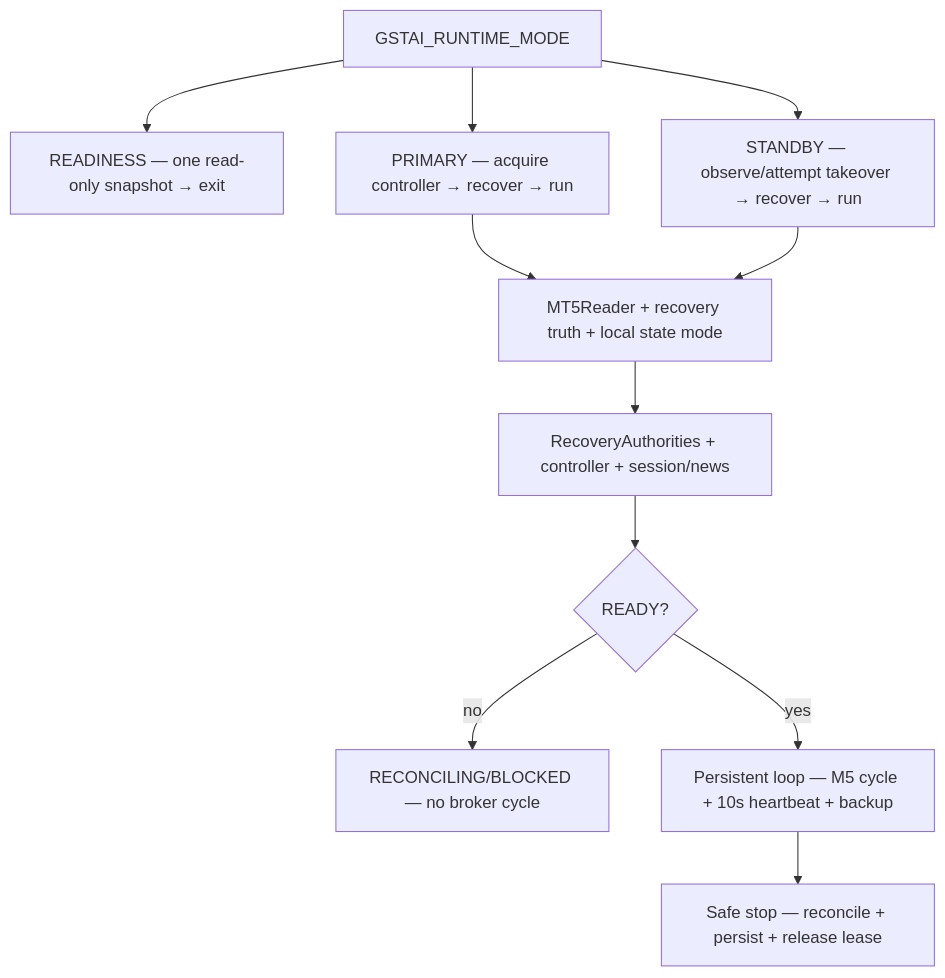
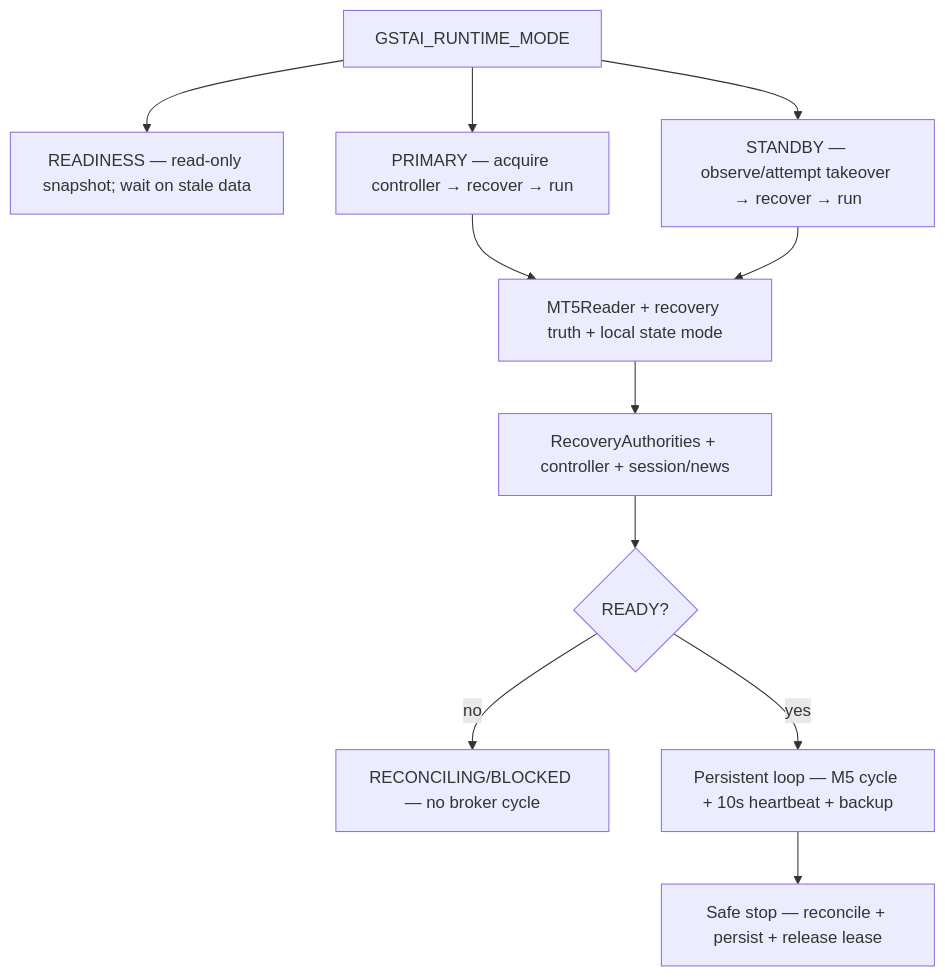
The first of 2 diagrams in docs/SETUP_AND_RUN_GUIDE.md (qamaratwork00-cmyk/GoldSwingTraderAI), drawn with Mermaid before and after one commit. The commit also changed other lines of this file and 19 other files, not shown here.

Commit message:
Keep runtime alive while market data is stale

````diff
--- a/docs/SETUP_AND_RUN_GUIDE.md
+++ b/docs/SETUP_AND_RUN_GUIDE.md
@@ -47,13 +48,13 @@
 ```mermaid
 flowchart TB
-    MODE["GSTAI_RUNTIME_MODE"] --> READINESS["READINESS — one read-only snapshot → exit"]
+    MODE["GSTAI_RUNTIME_MODE"] --> READINESS["READINESS — read-only snapshot; wait on stale data"]
     MODE --> PRIMARY["PRIMARY — acquire controller → recover → run"]
     MODE --> STANDBY["STANDBY — observe/attempt takeover → recover → run"]
     PRIMARY --> START["MT5Reader + recovery truth + local state mode"]
     STANDBY --> START
     START --> AUTHORITIES["RecoveryAuthorities + controller + session/news"]
     AUTHORITIES --> READY{"READY?"}
     READY -->|"no"| SAFE["RECONCILING/BLOCKED — no broker cycle"]
     READY -->|"yes"| LOOP["Persistent loop — M5 cycle + 10s heartbeat + backup"]
     LOOP --> SHUTDOWN["Safe stop — reconcile + persist + release lease"]
 ```
````
